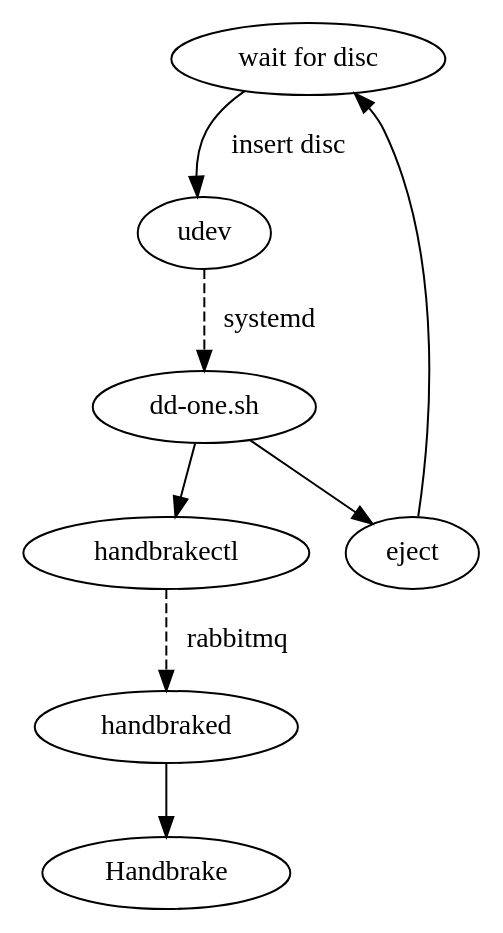
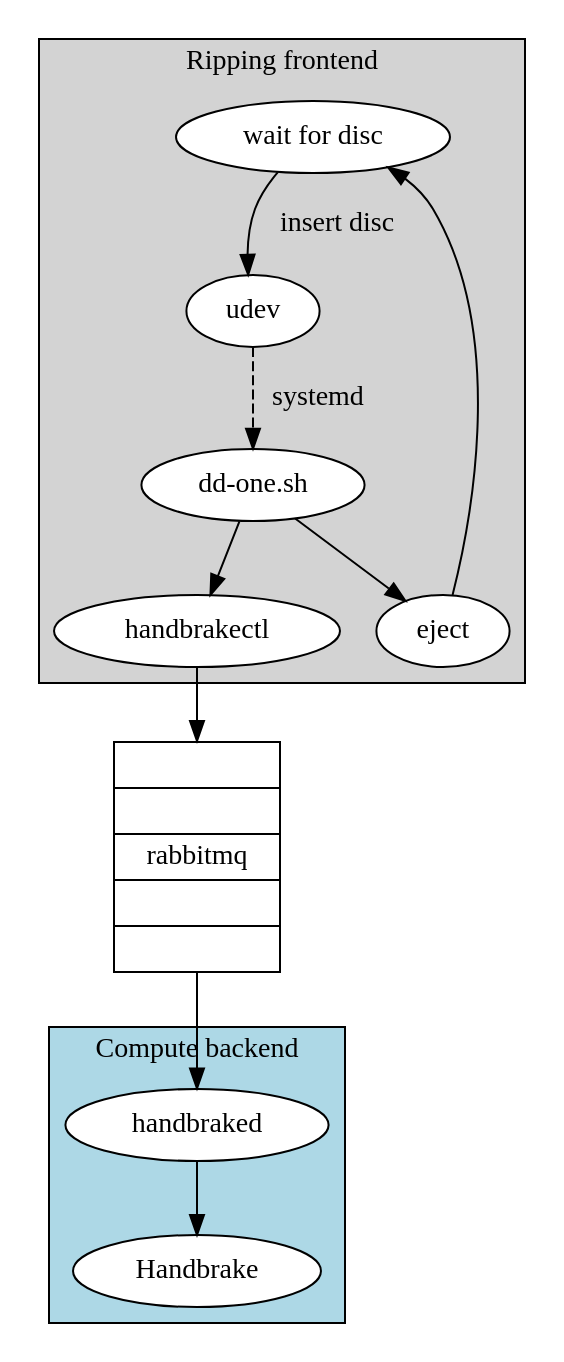
Before and after one commit to mgalgs/mgalgs.github.io: the diagram in static/handbraked1.dot, drawn with Graphviz. The commit also changed 8 other files, not shown here.

```diff
--- a/static/handbraked1.dot
+++ b/static/handbraked1.dot
@@ -1,11 +1,29 @@
 digraph G {
-#    node [shape="box"];
-    "wait for disc" -> udev [label=" insert disc  "];
-    udev -> "dd-one.sh" [label=" systemd",style=dashed];
-    "dd-one.sh" -> handbrakectl;
-    "dd-one.sh" -> eject;
-    eject -> "wait for disc";
-    // shell -> handbrakectl;
-    handbrakectl -> handbraked [label=" rabbitmq",style=dashed];
-    handbraked -> Handbrake;
+    subgraph cluster_ddonefrontend {
+        node [style=filled,fillcolor=white];
+        style=filled;
+        fillcolor=lightgrey;
+        label="Ripping frontend";
+        "wait for disc" -> udev [label=" insert disc  "];
+        udev -> "dd-one.sh" [label=" systemd",style=dashed];
+        "dd-one.sh" -> handbrakectl;
+        "dd-one.sh" -> eject;
+        eject -> "wait for disc";
+    }
+
+    subgraph cluster_compute_backend {
+        label="Compute backend"
+        style=filled;
+        fillcolor=lightblue;
+        node [style=filled,fillcolor=white];
+        handbraked -> Handbrake;
+    }
+
+    "rabbitmq" [
+              shape = "record";
+              label = "{ <f0> | <f1> | <f2> rabbitmq | <f3> | <f4> }";
+              ];
+
+    handbrakectl -> "rabbitmq":f0;
+    "rabbitmq":f4 -> handbraked;
 }
```
